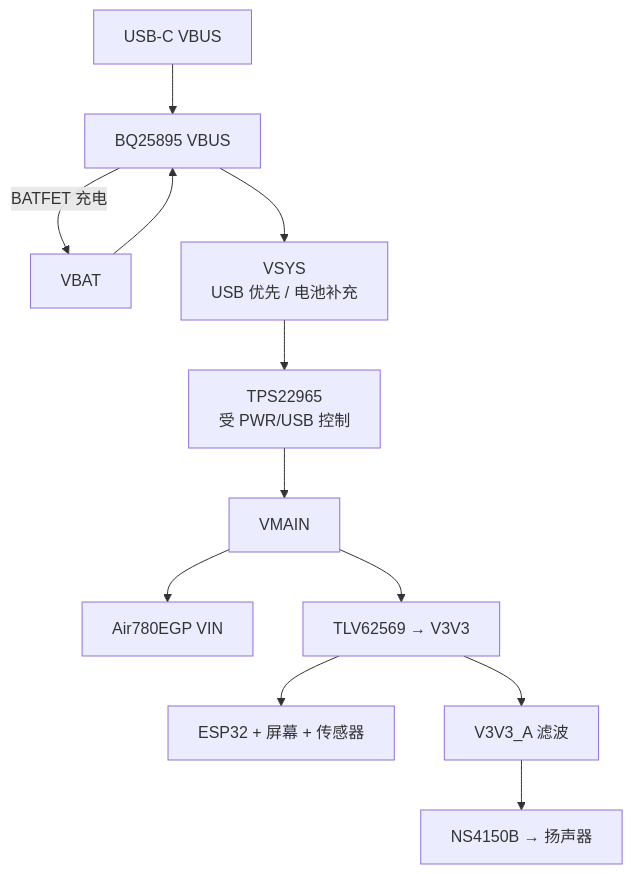
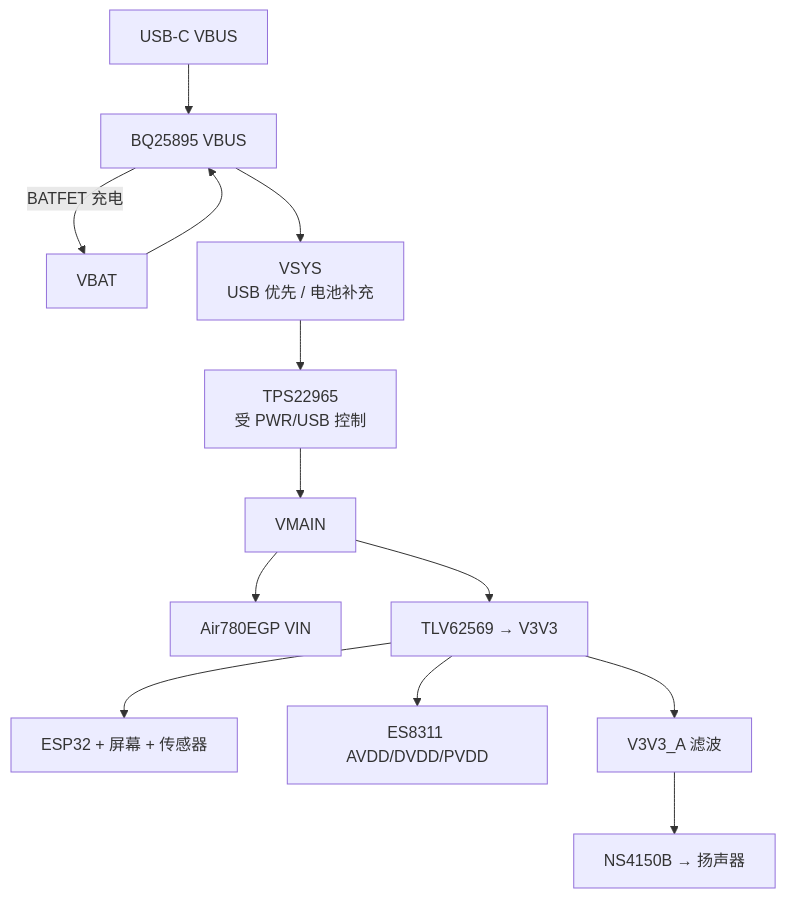
The second of 2 diagrams in docs/hardware/电子木鱼-硬件原理图设计基线.md (zhanghongchen1213/Electronic_Wooden_Fish), drawn with Mermaid before and after one commit. The commit also changed other lines of this file and 8 other files, not shown here.

````diff
--- a/docs/hardware/电子木鱼-硬件原理图设计基线.md
+++ b/docs/hardware/电子木鱼-硬件原理图设计基线.md
@@ -152,14 +154,15 @@
 ```mermaid
 flowchart TD
   USB["USB-C VBUS"] --> BQ["BQ25895 VBUS"]
   BAT["VBAT"] --> BQ
   BQ --> SYS["VSYS\nUSB 优先 / 电池补充"]
   SYS --> SW["TPS22965\n受 PWR/USB 控制"]
   SW --> MAIN["VMAIN"]
   MAIN --> MODEM["Air780EGP VIN"]
   MAIN --> BUCK["TLV62569 → V3V3"]
   BUCK --> ESP["ESP32 + 屏幕 + 传感器"]
+  BUCK --> CODEC["ES8311 AVDD/DVDD/PVDD"]
   BUCK --> AF["V3V3_A 滤波"]
   AF --> PA["NS4150B → 扬声器"]
   BQ -->|BATFET 充电| BAT
 ```
````
